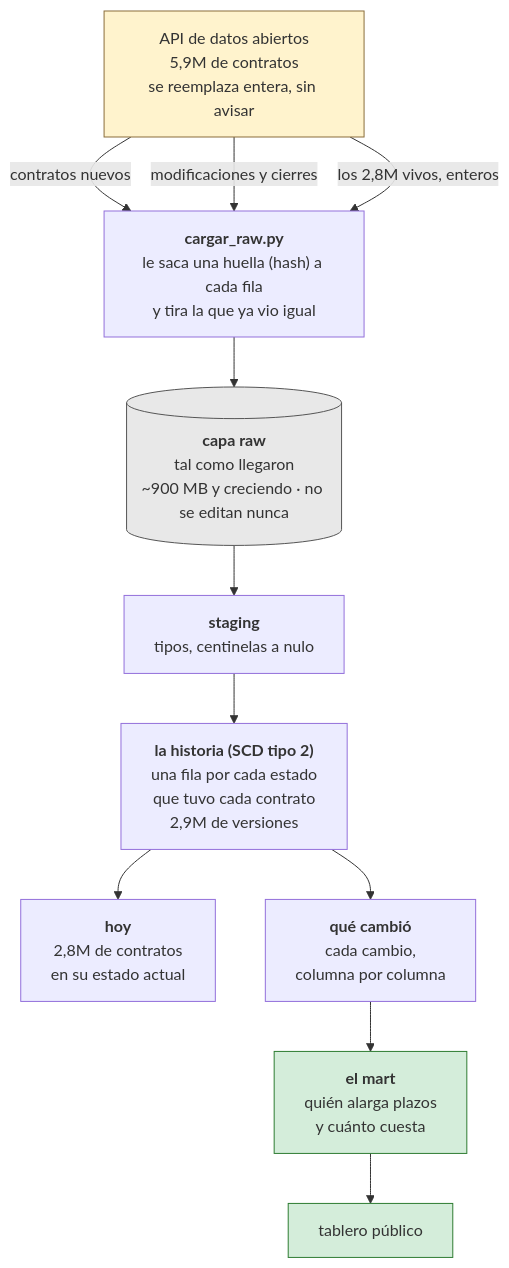
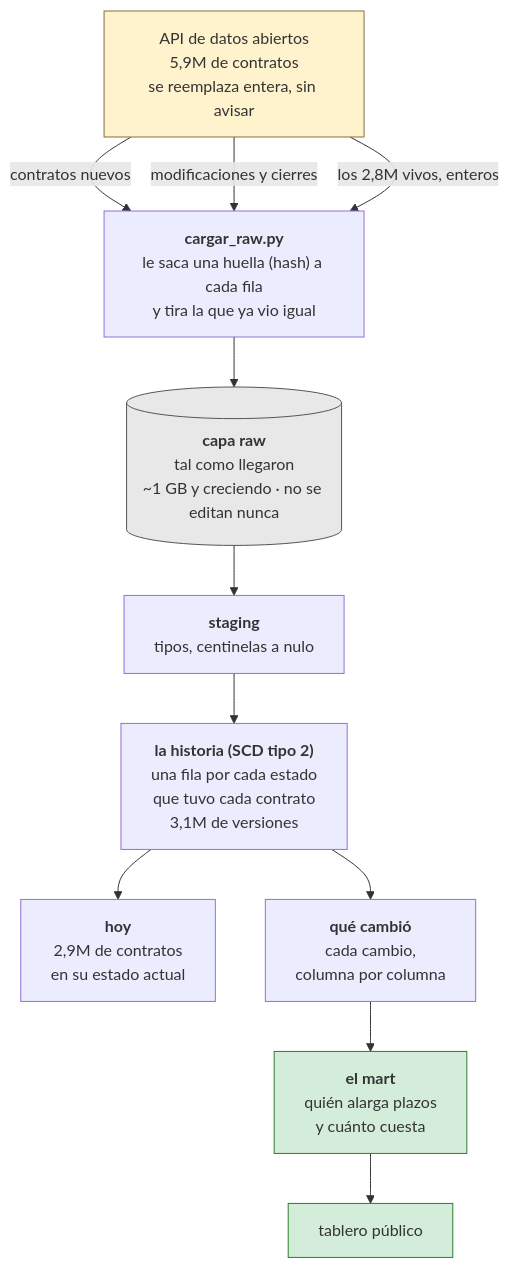
One commit to cristian23cor/secop-analytics-platform changed the diagram in README.md. Above: the diagram before and after it, drawn with Mermaid. The commit also changed other lines of this file and 3 other files, not shown here.

````diff
--- a/README.md
+++ b/README.md
@@ -25,24 +25,24 @@
 ```mermaid
 flowchart TD
     API["API de datos abiertos<br/>5,9M de contratos<br/>se reemplaza entera, sin avisar"]
 
     API -->|"contratos nuevos"| CARGA
     API -->|"modificaciones y cierres"| CARGA
     API -->|"los 2,8M vivos, enteros"| CARGA
 
     CARGA["<b>cargar_raw.py</b><br/>le saca una huella (hash) a cada fila<br/>y tira la que ya vio igual"]
-    CARGA --> RAW[("<b>capa raw</b><br/>tal como llegaron<br/>~900 MB y creciendo · no se editan nunca")]
+    CARGA --> RAW[("<b>capa raw</b><br/>tal como llegaron<br/>~1 GB y creciendo · no se editan nunca")]
 
     RAW --> LIMPIA["<b>staging</b><br/>tipos, centinelas a nulo"]
-    LIMPIA --> HIST["<b>la historia (SCD tipo 2)</b><br/>una fila por cada estado<br/>que tuvo cada contrato<br/>2,9M de versiones"]
-    HIST --> HOY["<b>hoy</b><br/>2,8M de contratos<br/>en su estado actual"]
+    LIMPIA --> HIST["<b>la historia (SCD tipo 2)</b><br/>una fila por cada estado<br/>que tuvo cada contrato<br/>3,1M de versiones"]
+    HIST --> HOY["<b>hoy</b><br/>2,9M de contratos<br/>en su estado actual"]
     HIST --> CAMBIOS["<b>qué cambió</b><br/>cada cambio,<br/>columna por columna"]
     CAMBIOS --> MART["<b>el mart</b><br/>quién alarga plazos<br/>y cuánto cuesta"]
 
     MART --> TABLERO["tablero público"]
 
     style API fill:#fff3cd,stroke:#8a6d3b
     style RAW fill:#e8e8e8,stroke:#555
     style MART fill:#d4edda,stroke:#2e7d32
     style TABLERO fill:#d4edda,stroke:#2e7d32
 ```
````
